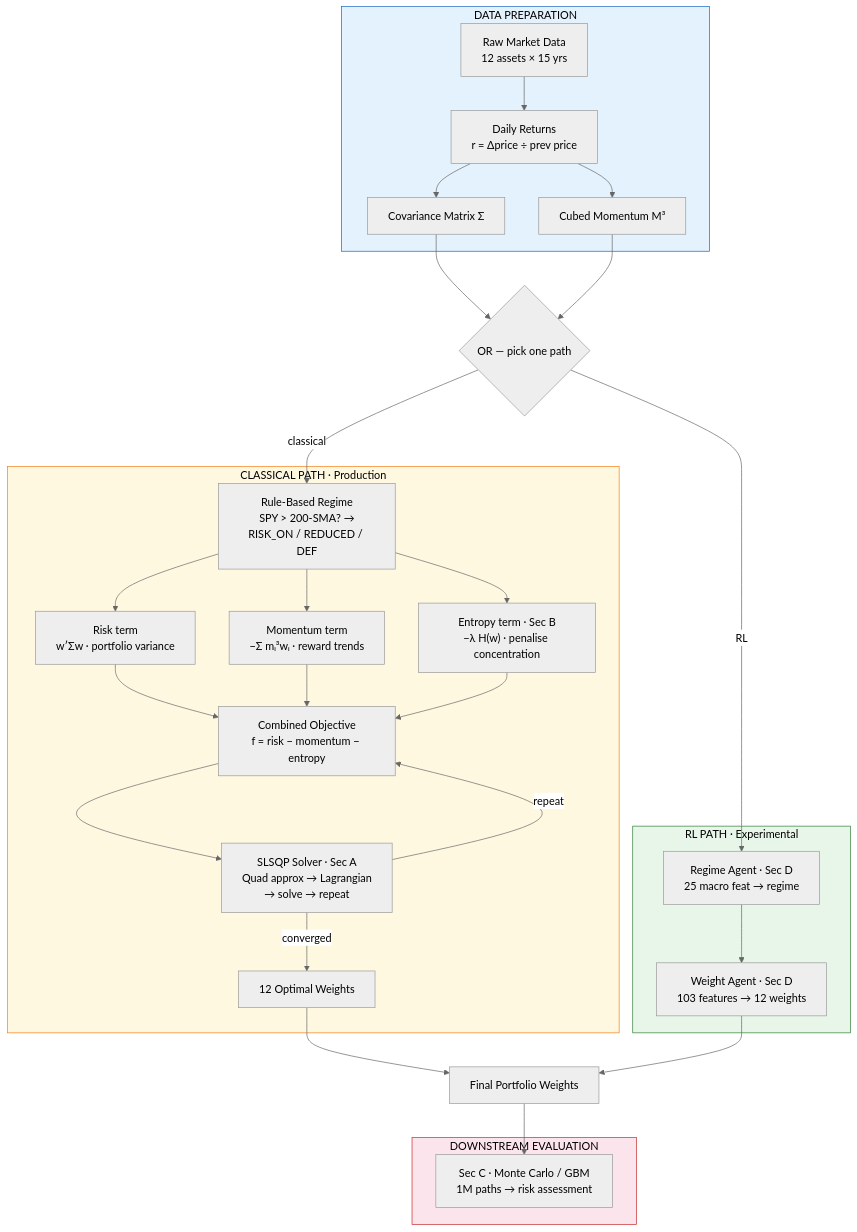
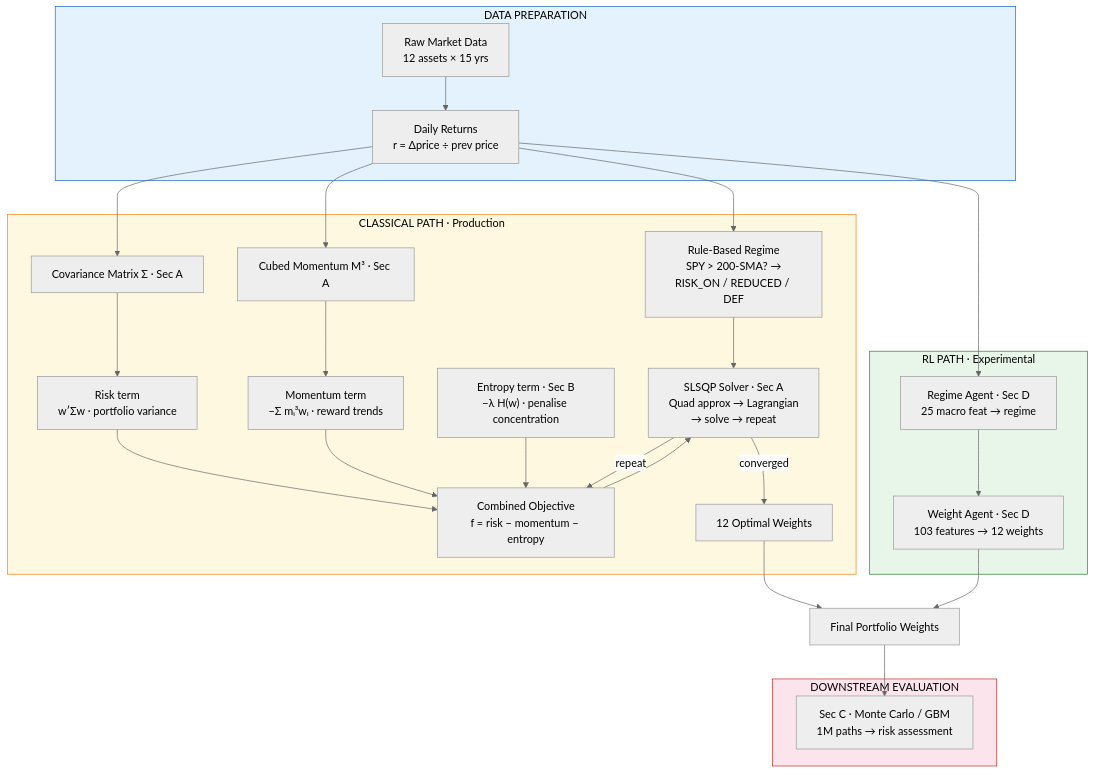
One commit to Guannings/alpha_dual_engine changed the diagram in README.md. Above: the diagram before and after it, drawn with Mermaid (neutral theme).

Commit message:
Simplify flowchart — move Σ/M³ into classical path, drop OR junction
Covariance matrix and cubed momentum are Section A constructs, not raw
data prep. Moved them into the classical subgraph. Removed the confusing
OR diamond node — the parallel subgraph labels (Production vs
Experimental) already convey the alternative relationship.

````diff
--- a/README.md
+++ b/README.md
@@ -1067,61 +1067,57 @@
 ```mermaid
 graph TD
     subgraph DATA ["DATA PREPARATION"]
         RAW["Raw Market Data<br/>12 assets × 15 yrs"]
         RET["Daily Returns<br/>r = Δprice ÷ prev price"]
-        COV["Covariance Matrix Σ"]
-        MOM["Cubed Momentum M³"]
     end
 
     RAW --> RET
-    RET --> COV
-    RET --> MOM
-
-    COV --> PICK
-    MOM --> PICK
-    PICK{"OR — pick one path"}
 
     subgraph CLASSICAL ["CLASSICAL PATH · Production"]
         REG_C["Rule-Based Regime<br/>SPY > 200-SMA? →<br/>RISK_ON / REDUCED / DEF"]
+        COV["Covariance Matrix Σ · Sec A"]
+        MOM["Cubed Momentum M³ · Sec A"]
         RISK["Risk term<br/>w′Σw · portfolio variance"]
         MOMENT["Momentum term<br/>−Σ mᵢ³wᵢ · reward trends"]
         ENTROPY["Entropy term · Sec B<br/>−λ H(w) · penalise concentration"]
         OBJ["Combined Objective<br/>f = risk − momentum − entropy"]
         ITER["SLSQP Solver · Sec A<br/>Quad approx → Lagrangian<br/>→ solve → repeat"]
         W_C["12 Optimal Weights"]
     end
 
     subgraph RL_PATH ["RL PATH · Experimental"]
         REG_R["Regime Agent · Sec D<br/>25 macro feat → regime"]
         W_R["Weight Agent · Sec D<br/>103 features → 12 weights"]
     end
 
-    PICK -->|"classical"| REG_C
-    PICK -->|"RL"| REG_R
+    RET --> REG_C
+    RET --> COV
+    RET --> MOM
+    RET --> REG_R
 
-    REG_C --> RISK
-    REG_C --> MOMENT
-    REG_C --> ENTROPY
+    COV --> RISK
+    MOM --> MOMENT
     RISK --> OBJ
     MOMENT --> OBJ
     ENTROPY --> OBJ
     OBJ --> ITER
+    REG_C --> ITER
     ITER -->|"converged"| W_C
     ITER -->|"repeat"| OBJ
 
     REG_R --> W_R
 
     W_C --> FINAL["Final Portfolio Weights"]
     W_R --> FINAL
 
     subgraph DOWN ["DOWNSTREAM EVALUATION"]
         MC["Sec C · Monte Carlo / GBM<br/>1M paths → risk assessment"]
     end
 
     FINAL --> MC
 
     style DATA fill:#e3f2fd,stroke:#1565c0,color:#000
     style CLASSICAL fill:#fff8e1,stroke:#f57f17,color:#000
     style RL_PATH fill:#e8f5e9,stroke:#2e7d32,color:#000
     style DOWN fill:#fce4ec,stroke:#c62828,color:#000
 ```
````
